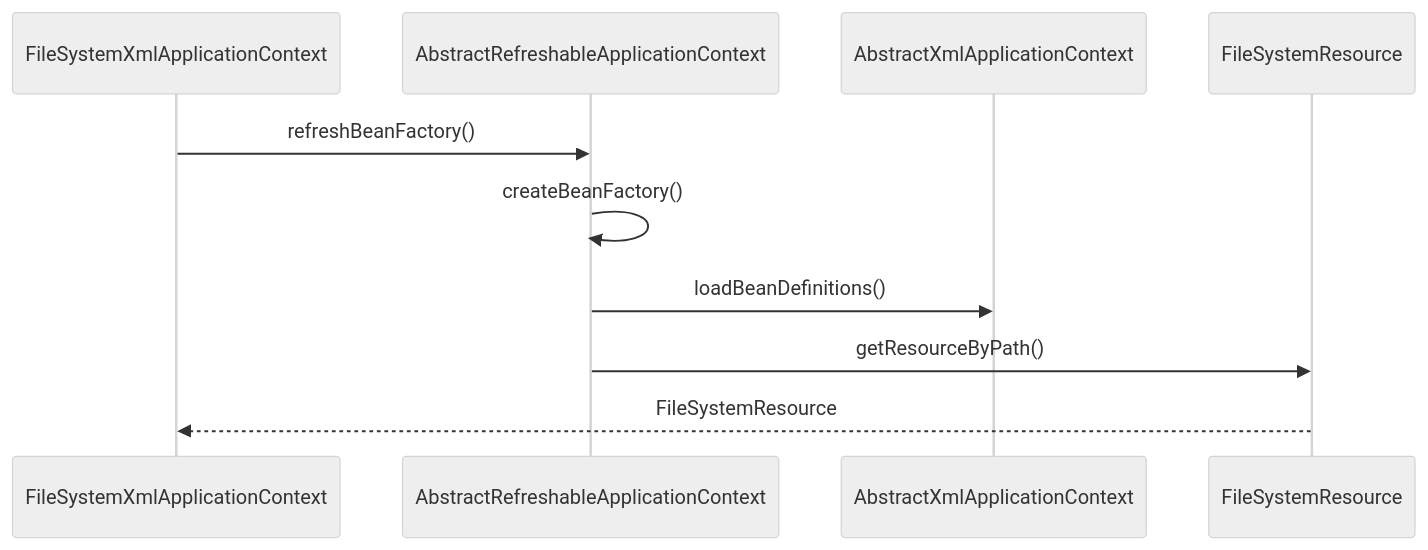
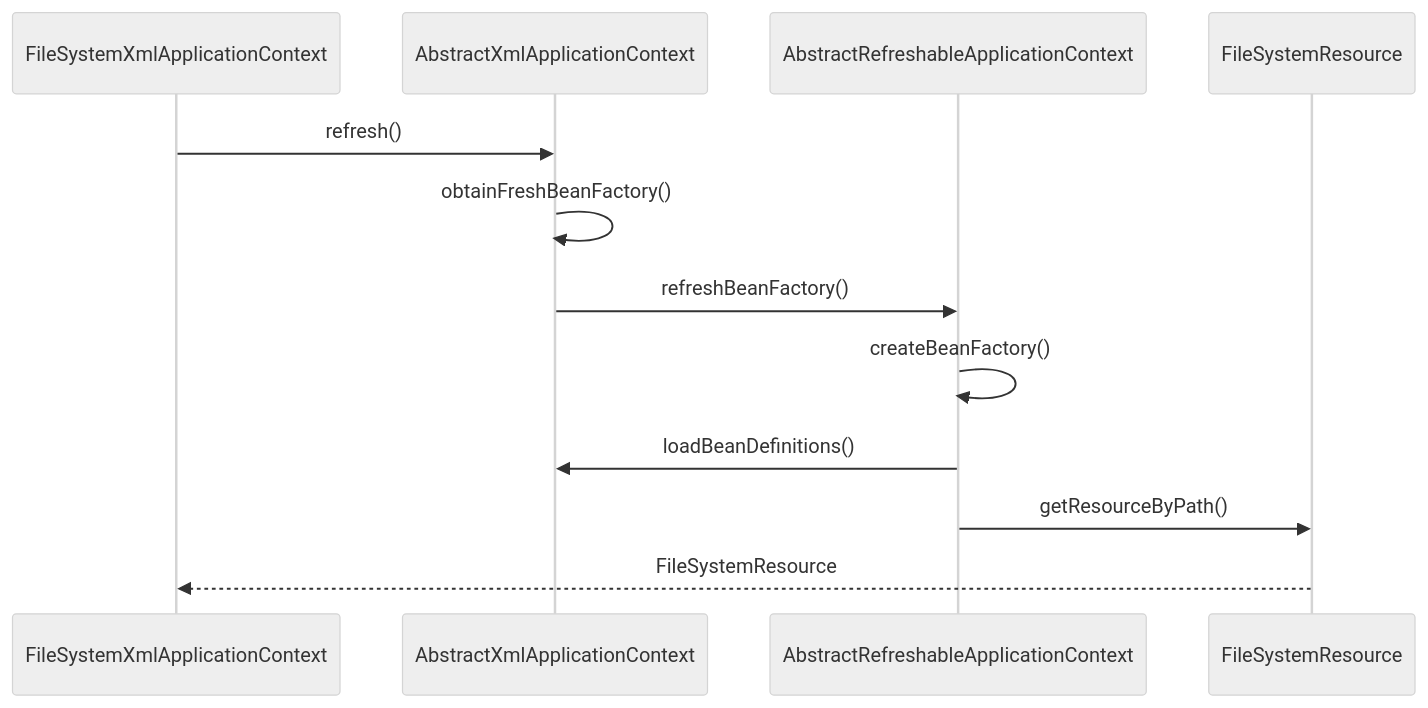
The second of 3 diagrams in 20-framework/src/spring/spring-context/FileSystemXmlApplicationContext.md (onlyonion/development), drawn with Mermaid (neutral theme) before and after one commit. The commit also changed other lines of this file and 6 other files, not shown here.

````diff
--- a/20-framework/src/spring/spring-context/FileSystemXmlApplicationContext.md
+++ b/20-framework/src/spring/spring-context/FileSystemXmlApplicationContext.md
@@ -20,13 +20,15 @@
 ```mermaid
 sequenceDiagram
-    FileSystemXmlApplicationContext ->> AbstractRefreshableApplicationContext: refreshBeanFactory()
+    FileSystemXmlApplicationContext ->> AbstractXmlApplicationContext: refresh()
+    AbstractXmlApplicationContext ->> AbstractXmlApplicationContext: obtainFreshBeanFactory()
 
+    AbstractXmlApplicationContext ->> AbstractRefreshableApplicationContext: refreshBeanFactory()
     AbstractRefreshableApplicationContext ->> AbstractRefreshableApplicationContext: createBeanFactory();
 
     %% 加载
     AbstractRefreshableApplicationContext ->> AbstractXmlApplicationContext: loadBeanDefinitions();
 
     %% 资源定位
     AbstractRefreshableApplicationContext ->> FileSystemResource: getResourceByPath()
     FileSystemResource -->> FileSystemXmlApplicationContext: FileSystemResource
 ```
````
